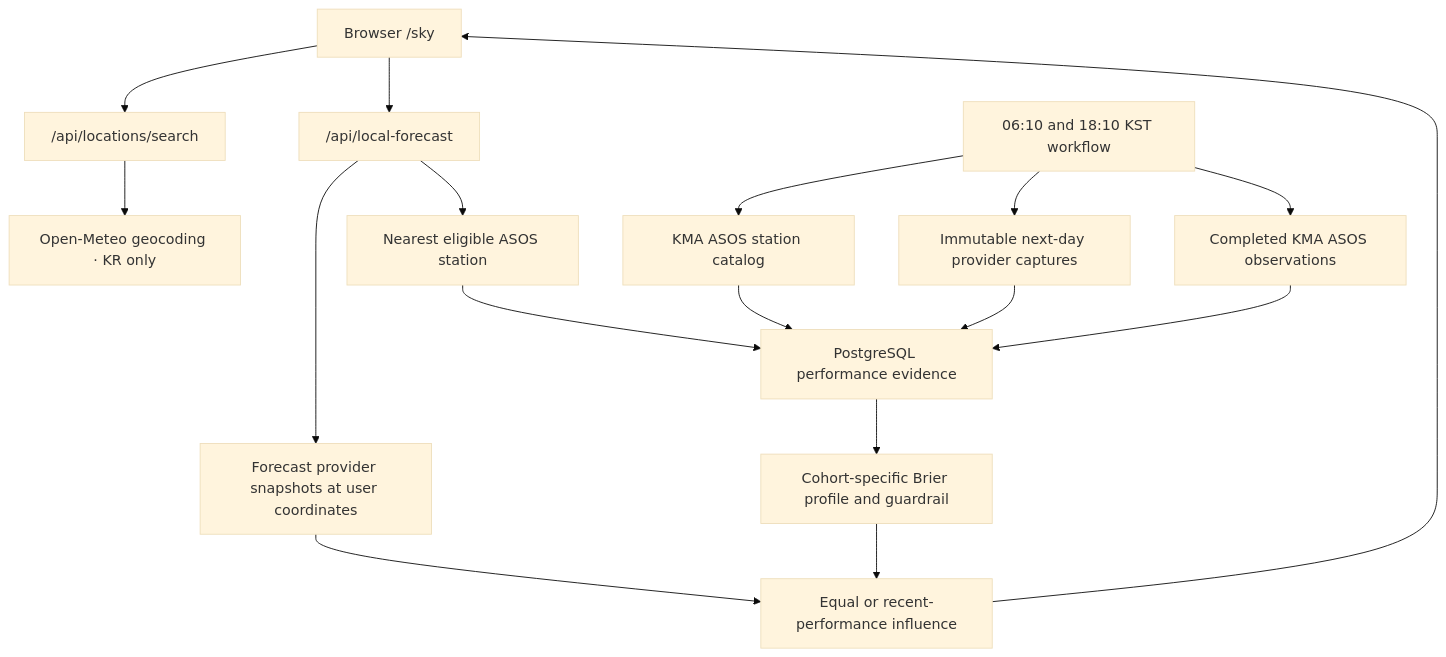
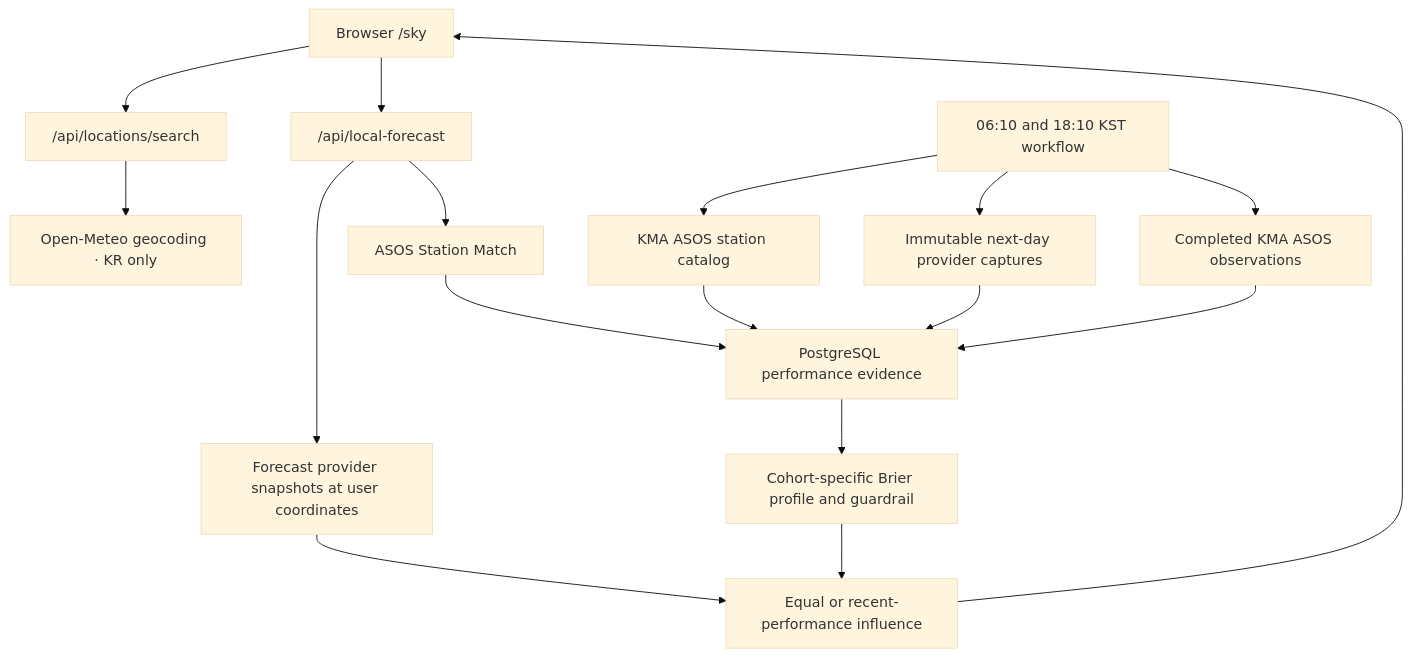
One commit to mhju0/rain-today changed the diagram in README.md. Above: the diagram before and after it, drawn with Mermaid (base theme). The commit also changed other lines of this file and 12 other files, not shown here.

Commit message:
refactor: align local performance domain terms

````diff
--- a/README.md
+++ b/README.md
@@ -50,20 +50,20 @@
 ```mermaid
 flowchart TB
   Browser["Browser /sky"] --> Search["/api/locations/search"]
   Browser --> Local["/api/local-forecast"]
   Search --> Geocoding["Open-Meteo geocoding · KR only"]
   Local --> Providers["Forecast provider snapshots at user coordinates"]
-  Local --> Selection["Nearest eligible ASOS station"]
-  Selection --> Database["PostgreSQL performance evidence"]
+  Local --> Match["ASOS Station Match"]
+  Match --> Database["PostgreSQL performance evidence"]
   Providers --> Blend["Equal or recent-performance influence"]
   Database --> Profile["Cohort-specific Brier profile and guardrail"]
   Profile --> Blend
   Blend --> Browser
 
   Schedule["06:10 and 18:10 KST workflow"] --> Catalog["KMA ASOS station catalog"]
   Schedule --> Captures["Immutable next-day provider captures"]
   Schedule --> Observations["Completed KMA ASOS observations"]
   Catalog --> Database
   Captures --> Database
   Observations --> Database
 ```
````
